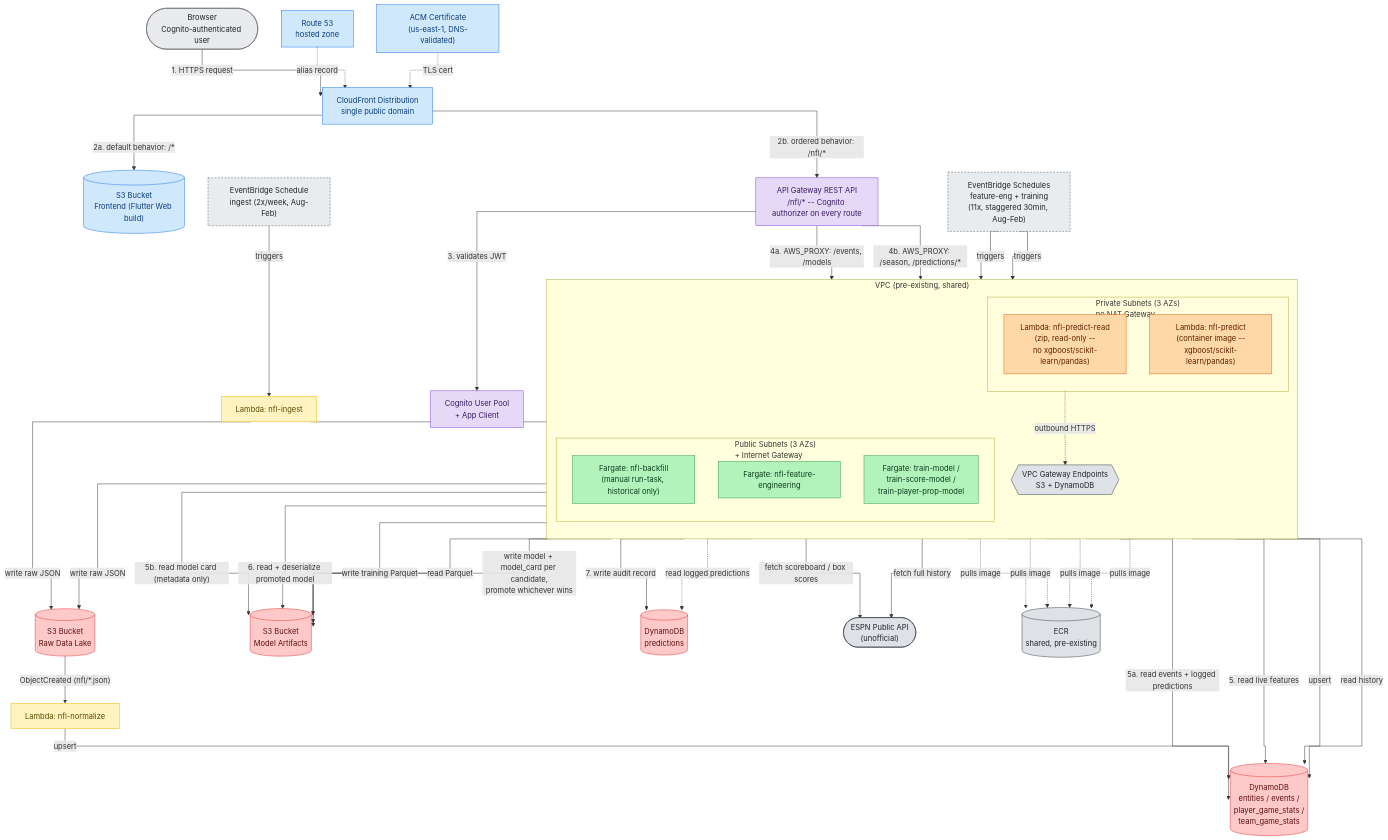
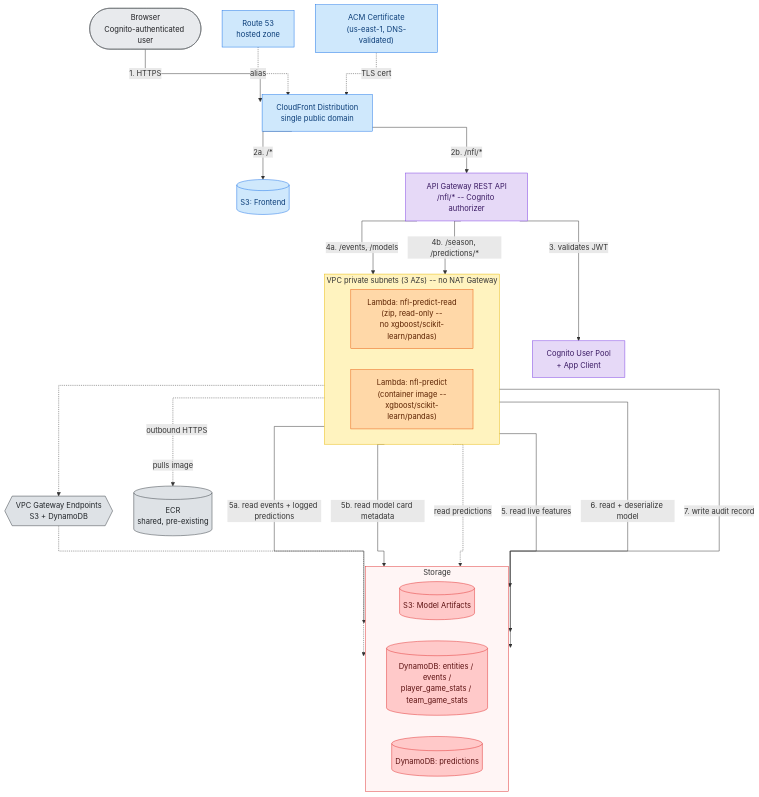
Before and after one commit to Programming-For-the-Community/sports-predictor: the diagram in design/AWS_ARCHITECTURE.mmd, drawn with Mermaid. The commit also changed 6 other files, not shown here.

Commit message:
18 - Updating diagrams, fixing unit tests

```diff
--- a/design/AWS_ARCHITECTURE.mmd
+++ b/design/AWS_ARCHITECTURE.mmd
@@ -1,113 +1,69 @@
-%%{init: {'flowchart': {'curve': 'stepAfter'}}}%%
-%% sports-predictor -- current deployed AWS architecture (NFL, Phase 1).
-%% See docs/AWS_ARCHITECTURE.md for the walkthrough and a legend.
+%%{init: {'flowchart': {'curve': 'stepAfter', 'nodeSpacing': 45, 'rankSpacing': 65}}}%%
+%% sports-predictor -- client request path (NFL, Phase 1). Companion
+%% diagram design/AWS_ARCHITECTURE_PIPELINE.mmd covers scheduled
+%% ingestion/backfill/training. See docs/AWS_ARCHITECTURE.md for the full
+%% walkthrough and legend -- this file is the single source of truth for
+%% this diagram; the doc links here and embeds a generated image rather
+%% than duplicating this source (regenerate the image after editing this
+%% file -- see the doc's own comment for the exact command).
 %% Solid arrows = data flow / invocation. Dotted arrows = supporting,
 %% non-data-flow dependency (TLS cert, container image pull, VPC endpoint
-%% path). Edge labels are numbered only on the primary client request path;
-%% everywhere else they're verbs describing what crosses that arrow.
-%% Color = component role (see classDef legend at the bottom), not
-%% cosmetic -- the same color always means the same kind of thing
-%% (client/edge, API/auth, serving compute, pipeline compute, storage,
-%% scheduling, external/shared).
+%% path). Arrows are numbered 1-7 in request order.
 flowchart TD
     BROWSER(["Browser<br/>Cognito-authenticated user"])
-
     R53["Route 53<br/>hosted zone"]
     ACM["ACM Certificate<br/>(us-east-1, DNS-validated)"]
     CF["CloudFront Distribution<br/>single public domain"]
-
-    S3FE[("S3 Bucket<br/>Frontend (Flutter Web build)")]
-    APIGW["API Gateway REST API<br/>/nfl/* -- Cognito authorizer on every route"]
+    S3FE[("S3: Frontend")]
+    APIGW["API Gateway REST API<br/>/nfl/* -- Cognito authorizer"]
     COGNITO["Cognito User Pool<br/>+ App Client"]
 
-    subgraph VPCBox["VPC (pre-existing, shared)"]
-        direction TB
-        subgraph PrivSub["Private Subnets (3 AZs)<br/>no NAT Gateway"]
-            PREDICTREAD["Lambda: nfl-predict-read<br/>(zip, read-only --<br/>no xgboost/scikit-learn/pandas)"]
-            PREDICT["Lambda: nfl-predict<br/>(container image --<br/>xgboost/scikit-learn/pandas)"]
-        end
-        subgraph PubSub["Public Subnets (3 AZs)<br/>+ Internet Gateway"]
-            BACKFILL["Fargate: nfl-backfill<br/>(manual run-task, historical only)"]
-            FEAT["Fargate: nfl-feature-engineering"]
-            TRAIN["Fargate: train-model /<br/>train-score-model /<br/>train-player-prop-model"]
-        end
-        GWEP{{"VPC Gateway Endpoints<br/>S3 + DynamoDB"}}
-        PrivSub -.->|"outbound HTTPS"| GWEP
+    subgraph VPCBox["VPC private subnets (3 AZs) -- no NAT Gateway"]
+        direction LR
+        PREDICTREAD["Lambda: nfl-predict-read<br/>(zip, read-only --<br/>no xgboost/scikit-learn/pandas)"]
+        PREDICT["Lambda: nfl-predict<br/>(container image --<br/>xgboost/scikit-learn/pandas)"]
+    end
+    GWEP{{"VPC Gateway Endpoints<br/>S3 + DynamoDB"}}
+    ECR[("ECR<br/>shared, pre-existing")]
+
+    subgraph StorageBox["Storage"]
+        direction LR
+        S3MODEL[("S3: Model Artifacts")]
+        DDBCORE[("DynamoDB: entities / events /<br/>player_game_stats / team_game_stats")]
+        DDBPRED[("DynamoDB: predictions")]
     end
 
-    SCHIN["EventBridge Schedule<br/>ingest (2x/week, Aug-Feb)"]
-    INGEST["Lambda: nfl-ingest"]
-    NORMALIZE["Lambda: nfl-normalize"]
-    SCHTRAIN["EventBridge Schedules<br/>feature-eng + training<br/>(11x, staggered 30min, Aug-Feb)"]
-
-    S3RAW[("S3 Bucket<br/>Raw Data Lake")]
-    S3MODEL[("S3 Bucket<br/>Model Artifacts")]
-    DDBCORE[("DynamoDB<br/>entities / events /<br/>player_game_stats /<br/>team_game_stats")]
-    DDBPRED[("DynamoDB<br/>predictions")]
-
-    ESPN(["ESPN Public API<br/>(unofficial)"])
-    ECR[("ECR<br/>shared, pre-existing")]
-
-    %% ---- Client request path ----
-    BROWSER -->|"1. HTTPS request"| CF
-    R53 -.->|"alias record"| CF
+    BROWSER -->|"1. HTTPS"| CF
+    R53 -.->|"alias"| CF
     ACM -.->|"TLS cert"| CF
-    CF -->|"2a. default behavior: /*"| S3FE
-    CF -->|"2b. ordered behavior: /nfl/*"| APIGW
+    CF -->|"2a. /*"| S3FE
+    CF -->|"2b. /nfl/*"| APIGW
     APIGW -->|"3. validates JWT"| COGNITO
-    APIGW -->|"4a. AWS_PROXY: /events, /models"| PREDICTREAD
-    APIGW -->|"4b. AWS_PROXY: /season, /predictions/*"| PREDICT
+    APIGW -->|"4a. /events, /models"| PREDICTREAD
+    APIGW -->|"4b. /season, /predictions/*"| PREDICT
+    VPCBox -.->|"outbound HTTPS"| GWEP
+    GWEP -.-> StorageBox
     PREDICTREAD -->|"5a. read events + logged predictions"| DDBCORE
-    PREDICTREAD -->|"5b. read model card (metadata only)"| S3MODEL
+    PREDICTREAD -->|"5b. read model card metadata"| S3MODEL
+    PREDICTREAD -.->|"read predictions"| DDBPRED
     PREDICT -->|"5. read live features"| DDBCORE
-    PREDICT -->|"6. read + deserialize promoted model"| S3MODEL
+    PREDICT -->|"6. read + deserialize model"| S3MODEL
     PREDICT -->|"7. write audit record"| DDBPRED
-    PREDICTREAD -.->|"read logged predictions"| DDBPRED
     PREDICT -.->|"pulls image"| ECR
 
-    %% ---- Scheduled ingestion ----
-    SCHIN -->|"triggers"| INGEST
-    INGEST -->|"fetch scoreboard / box scores"| ESPN
-    INGEST -->|"write raw JSON"| S3RAW
-    S3RAW -->|"ObjectCreated (nfl/*.json)"| NORMALIZE
-    NORMALIZE -->|"upsert"| DDBCORE
-
-    %% ---- One-time historical backfill ----
-    BACKFILL -->|"fetch full history"| ESPN
-    BACKFILL -->|"write raw JSON"| S3RAW
-    BACKFILL -->|"upsert"| DDBCORE
-    BACKFILL -.->|"pulls image"| ECR
-
-    %% ---- Scheduled training ----
-    SCHTRAIN -->|"triggers"| FEAT
-    FEAT -->|"read history"| DDBCORE
-    FEAT -->|"write training Parquet"| S3MODEL
-    SCHTRAIN -->|"triggers"| TRAIN
-    TRAIN -->|"read Parquet"| S3MODEL
-    TRAIN -->|"write model + model_card per candidate,<br/>promote whichever wins"| S3MODEL
-    FEAT -.->|"pulls image"| ECR
-    TRAIN -.->|"pulls image"| ECR
-
-    %% ---- Color legend (component role) ----
     classDef client fill:#e8eaed,stroke:#5f6368,color:#202124;
     classDef edge fill:#cfe8fc,stroke:#1a73e8,color:#0b3d78;
     classDef auth fill:#e6d9f7,stroke:#7b3fe4,color:#3a1a63;
     classDef servingCompute fill:#ffd8a8,stroke:#e8590c,color:#5c2200;
-    classDef pipelineCompute fill:#fff3bf,stroke:#e8b800,color:#5c4a00;
-    classDef fargateCompute fill:#b2f2bb,stroke:#2f9e44,color:#0b3d1c;
     classDef storage fill:#ffc9c9,stroke:#e03131,color:#5c1111;
-    classDef schedule fill:#e9ecef,stroke:#495057,color:#212529,stroke-dasharray: 4 3;
     classDef external fill:#dee2e6,stroke:#343a40,color:#212529;
 
     class BROWSER client;
-    class ESPN external;
-    class ECR external;
-    class GWEP external;
-    class R53,ACM,CF edge;
-    class S3FE edge;
+    class ECR,GWEP external;
+    class R53,ACM,CF,S3FE edge;
     class APIGW,COGNITO auth;
     class PREDICT,PREDICTREAD servingCompute;
-    class INGEST,NORMALIZE pipelineCompute;
-    class BACKFILL,FEAT,TRAIN fargateCompute;
-    class S3RAW,S3MODEL,DDBCORE,DDBPRED storage;
-    class SCHIN,SCHTRAIN schedule;
+    class S3MODEL,DDBCORE,DDBPRED storage;
+
+    style VPCBox fill:#fff3bf,stroke:#e8b800
+    style StorageBox fill:#fff5f5,stroke:#e03131
```
